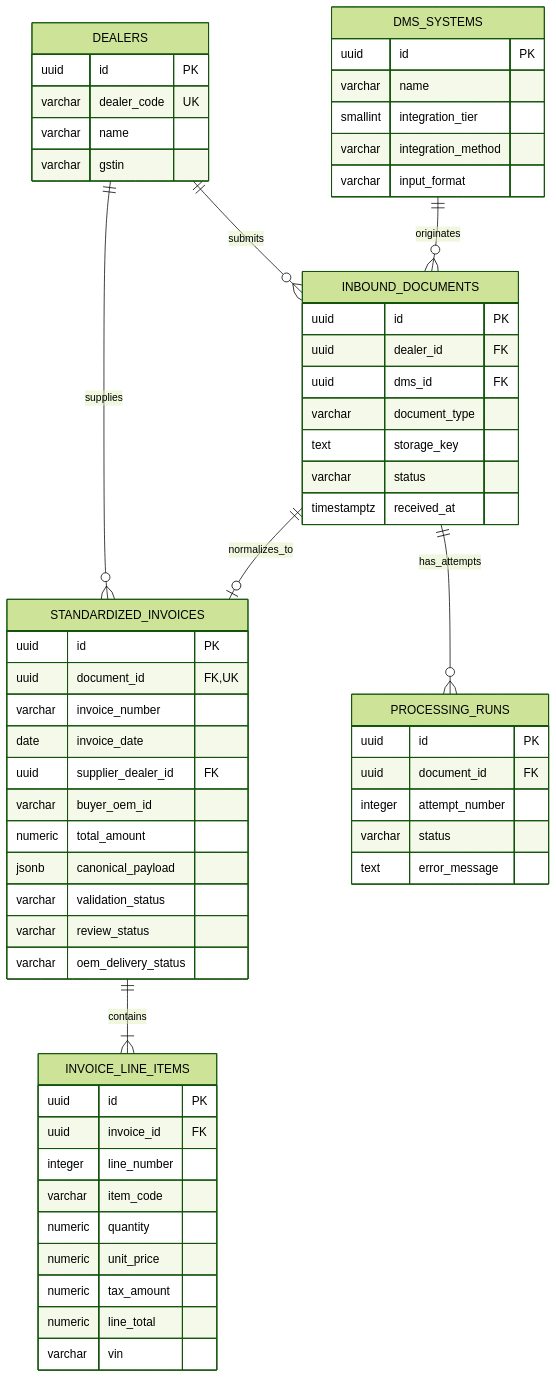
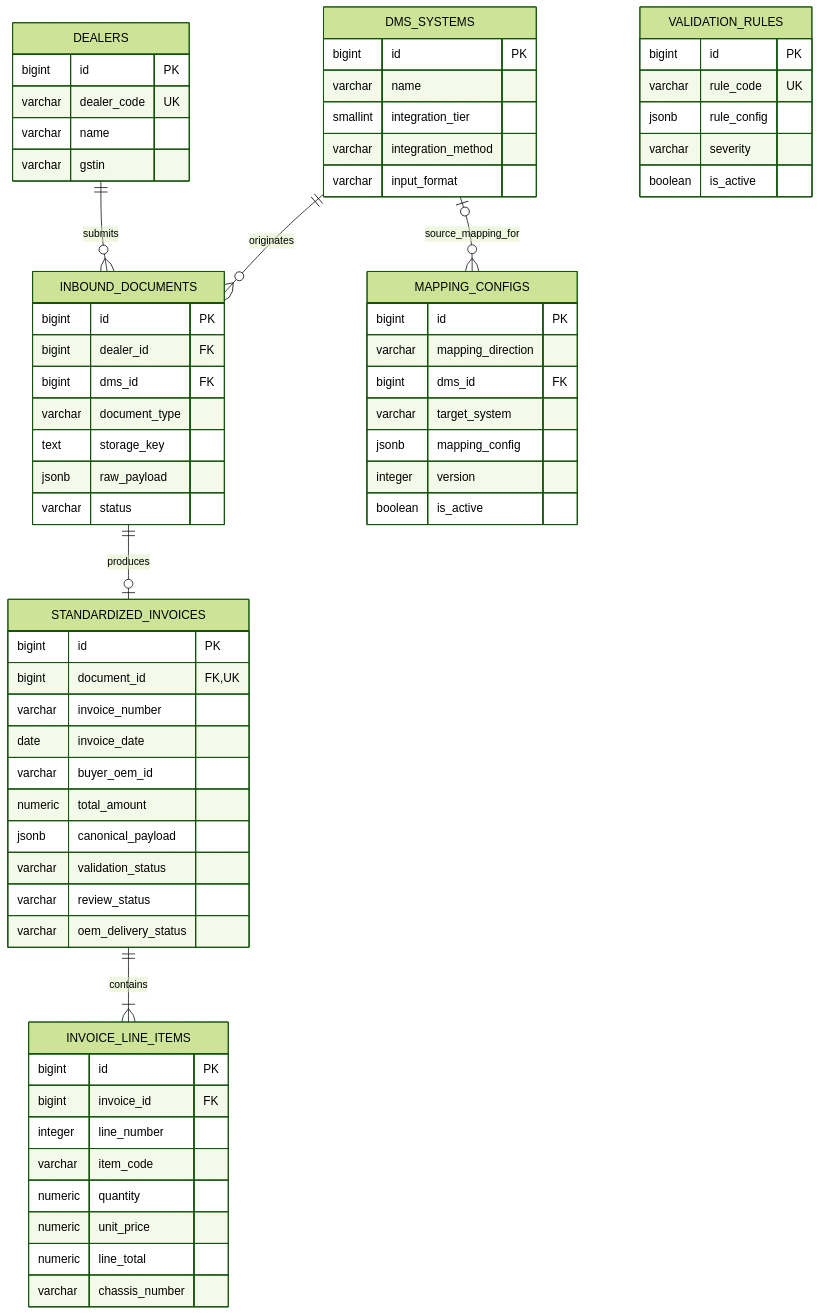
The second of 3 diagrams in docs/architecture/OneDMS_Database_Design.md (vasu1303/OneDMS), drawn with Mermaid (forest theme) before and after one commit. The commit also changed other lines of this file and 7 other files, not shown here.

First line of the commit message:
feat: Implement database setup script for legacy schema conversion and final schema application

````diff
--- a/docs/architecture/OneDMS_Database_Design.md
+++ b/docs/architecture/OneDMS_Database_Design.md
@@ -193,68 +245,69 @@
 ```mermaid
 erDiagram
     DEALERS ||--o{ INBOUND_DOCUMENTS : submits
     DMS_SYSTEMS ||--o{ INBOUND_DOCUMENTS : originates
-    DEALERS ||--o{ STANDARDIZED_INVOICES : supplies
-    INBOUND_DOCUMENTS ||--o| STANDARDIZED_INVOICES : normalizes_to
-    INBOUND_DOCUMENTS ||--o{ PROCESSING_RUNS : has_attempts
+    DMS_SYSTEMS o|--o{ MAPPING_CONFIGS : source_mapping_for
+    INBOUND_DOCUMENTS ||--o| STANDARDIZED_INVOICES : produces
     STANDARDIZED_INVOICES ||--|{ INVOICE_LINE_ITEMS : contains
 
     DEALERS {
-        uuid id PK
+        bigint id PK
         varchar dealer_code UK
         varchar name
         varchar gstin
     }
-
     DMS_SYSTEMS {
-        uuid id PK
+        bigint id PK
         varchar name
         smallint integration_tier
         varchar integration_method
         varchar input_format
     }
-
     INBOUND_DOCUMENTS {
-        uuid id PK
-        uuid dealer_id FK
-        uuid dms_id FK
+        bigint id PK
+        bigint dealer_id FK
+        bigint dms_id FK
         varchar document_type
         text storage_key
+        jsonb raw_payload
         varchar status
-        timestamptz received_at
     }
-
+    MAPPING_CONFIGS {
+        bigint id PK
+        varchar mapping_direction
+        bigint dms_id FK
+        varchar target_system
+        jsonb mapping_config
+        integer version
+        boolean is_active
+    }
+    VALIDATION_RULES {
+        bigint id PK
+        varchar rule_code UK
+        jsonb rule_config
+        varchar severity
+        boolean is_active
+    }
     STANDARDIZED_INVOICES {
-        uuid id PK
-        uuid document_id FK,UK
+        bigint id PK
+        bigint document_id FK,UK
         varchar invoice_number
         date invoice_date
-        uuid supplier_dealer_id FK
         varchar buyer_oem_id
         numeric total_amount
         jsonb canonical_payload
         varchar validation_status
         varchar review_status
         varchar oem_delivery_status
     }
-
     INVOICE_LINE_ITEMS {
-        uuid id PK
-        uuid invoice_id FK
+        bigint id PK
+        bigint invoice_id FK
         integer line_number
         varchar item_code
         numeric quantity
         numeric unit_price
-        numeric tax_amount
         numeric line_total
-        varchar vin
-    }
-
-    PROCESSING_RUNS {
-        uuid id PK
-        uuid document_id FK
-        integer attempt_number
-        varchar status
-        text error_message
+        varchar chassis_number
     }
 ```
````
